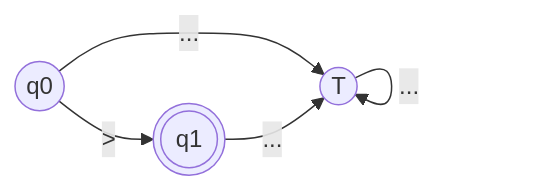
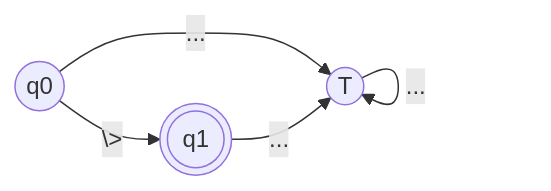
Before and after one commit to martinstanicio/tinylang: diagram 29 of 34 in docs/regexp-afd.md, drawn with Mermaid. The commit also changed other lines of this file, not shown here.

Commit message:
escapar caracteres especiales en los diagramas de estado

````diff
--- a/docs/regexp-afd.md
+++ b/docs/regexp-afd.md
@@ -543,9 +543,9 @@
 ```mermaid
 flowchart LR
     q0(("q0"))
     q1((("q1")))
     T(("T"))
 
-    q0 -- ">" --> q1
+    q0 -- "\>" --> q1
     q0 & q1 & T -- "..." --> T
 ```
````
